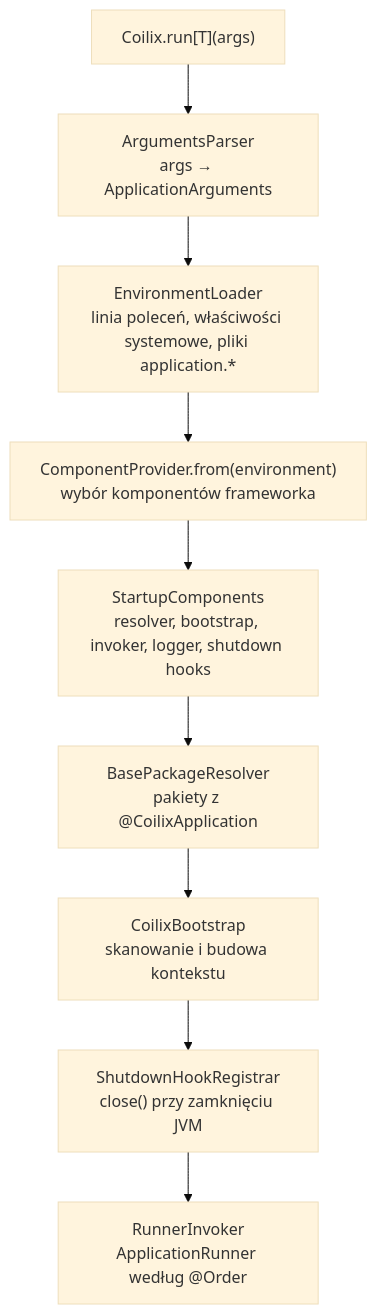
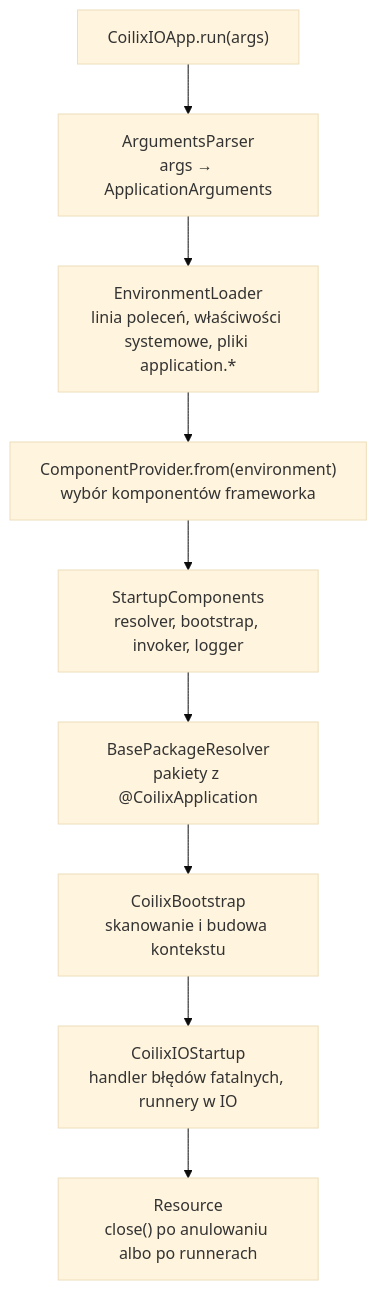
One commit to Coilix/coilix changed the first of 2 diagrams in docs/architecture/overview.md. Above: the diagram before and after it, drawn with Mermaid (base theme). The commit also changed other lines of this file and 34 other files, not shown here.

First line of the commit message:
COILIX-00031: Start every application as a CoilixIOApp (#104)

````diff
--- a/docs/architecture/overview.md
+++ b/docs/architecture/overview.md
@@ -9,11 +9,11 @@
 ```mermaid
 flowchart TD
-    A["Coilix.run[T](args)"] --> B["ArgumentsParser<br/>args → ApplicationArguments"]
+    A["CoilixIOApp.run(args)"] --> B["ArgumentsParser<br/>args → ApplicationArguments"]
     B --> C["EnvironmentLoader<br/>linia poleceń, właściwości systemowe, pliki application.*"]
     C --> D["ComponentProvider.from(environment)<br/>wybór komponentów frameworka"]
-    D --> E["StartupComponents<br/>resolver, bootstrap, invoker, logger, shutdown hooks"]
+    D --> E["StartupComponents<br/>resolver, bootstrap, invoker, logger"]
     E --> F["BasePackageResolver<br/>pakiety z @CoilixApplication"]
     F --> G["CoilixBootstrap<br/>skanowanie i budowa kontekstu"]
-    G --> H["ShutdownHookRegistrar<br/>close() przy zamknięciu JVM"]
-    H --> I["RunnerInvoker<br/>ApplicationRunner według @Order"]
+    G --> H["CoilixIOStartup<br/>handler błędów fatalnych, runnery w IO"]
+    H --> I["Resource<br/>close() po anulowaniu albo po runnerach"]
 ```
````
